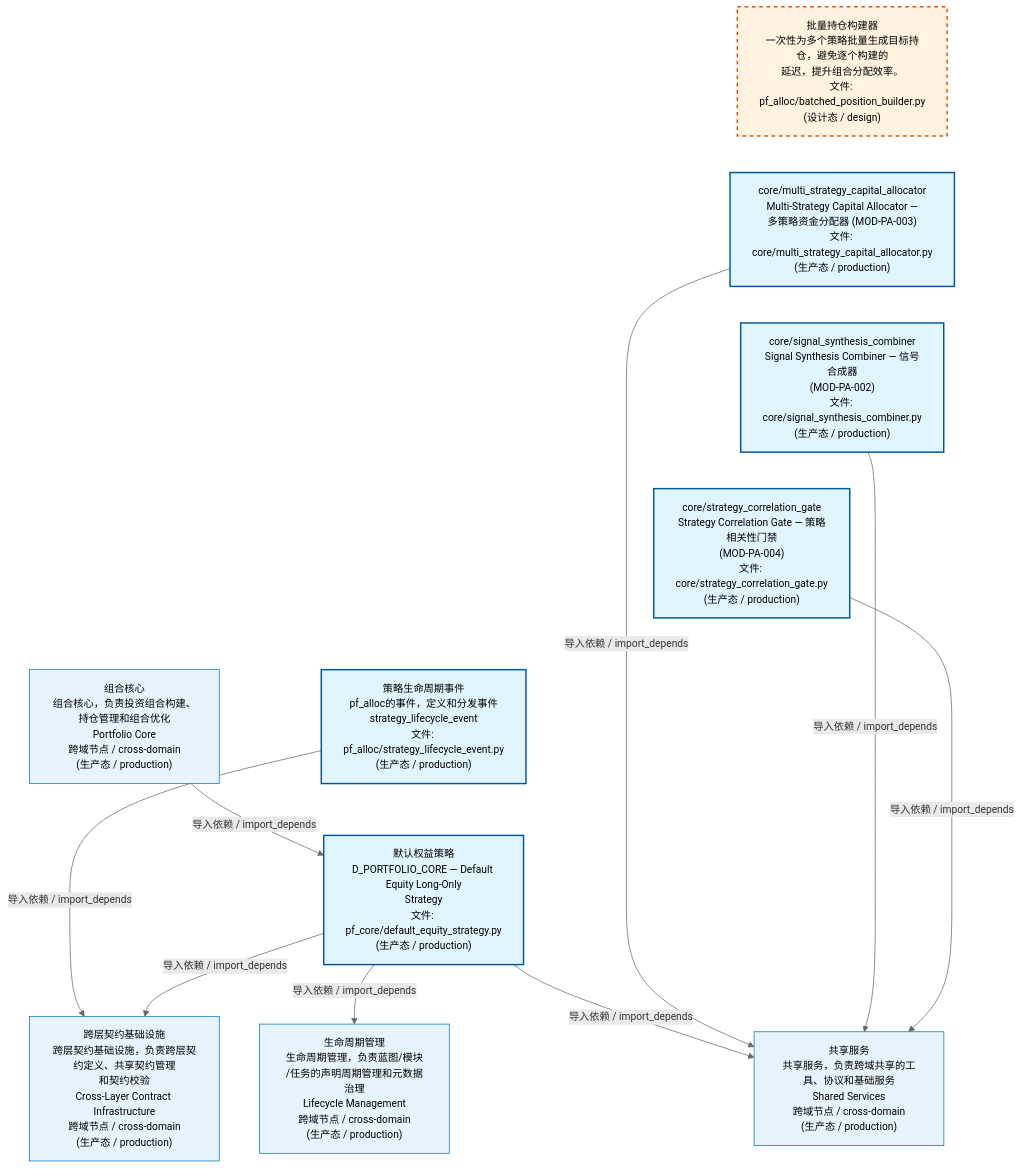
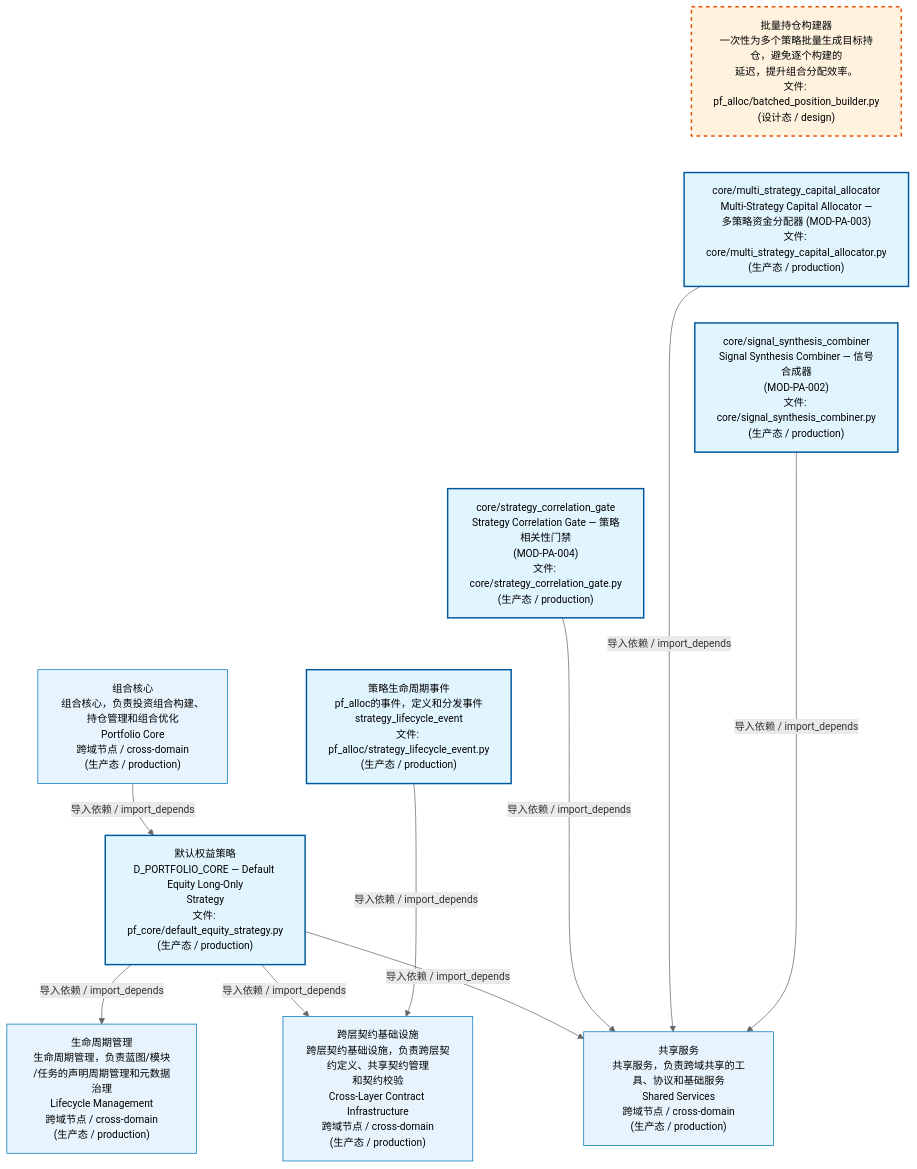
One commit to xuanFelixVan/ZephyrAlpha changed the first of 4 diagrams in docs/02_enterprise_architecture/02_domain_architecture_docs/62_d_pf_alloc.md. Above: the diagram before and after it, drawn with Mermaid. The commit also changed 46 other files, not shown here.

````diff
--- a/docs/02_enterprise_architecture/02_domain_architecture_docs/62_d_pf_alloc.md
+++ b/docs/02_enterprise_architecture/02_domain_architecture_docs/62_d_pf_alloc.md
@@ -53,34 +53,34 @@
 ```mermaid
 %%{init: {'theme': 'base', 'themeVariables': {'primaryColor': '#eaeaea', 'primaryTextColor': '#333333', 'primaryBorderColor': '#666666', 'lineColor': '#666666', 'secondaryColor': '#eaeaea', 'tertiaryColor': '#eaeaea', 'fontSize': '14px'}}}%%
 flowchart TD
     src_zephyr_pf_alloc_batched_position_builder_py["批量持仓构建器<br/>一次性为多个策略批量生成目标持仓，避免逐个构建的<br/>延迟，提升组合分配效率。<br/>文件: pf_alloc/batched_position_builder.py<br/>(设计态 / design)"]
     src_zephyr_pf_alloc_core_multi_strategy_capital_allocator_py["core/multi_strategy_capital_allocator<br/>Multi-Strategy Capital Allocator —<br/>多策略资金分配器 (MOD-PA-003)<br/>文件: core/multi_strategy_capital_allocator.py<br/>(生产态 / production)"]
     src_zephyr_pf_alloc_core_signal_synthesis_combiner_py["core/signal_synthesis_combiner<br/>Signal Synthesis Combiner — 信号合成器<br/>(MOD-PA-002)<br/>文件: core/signal_synthesis_combiner.py<br/>(生产态 / production)"]
     src_zephyr_pf_alloc_core_strategy_correlation_gate_py["core/strategy_correlation_gate<br/>Strategy Correlation Gate — 策略相关性门禁<br/>(MOD-PA-004)<br/>文件: core/strategy_correlation_gate.py<br/>(生产态 / production)"]
     src_zephyr_pf_alloc_strategy_lifecycle_event_py["策略生命周期事件<br/>pf_alloc的事件，定义和分发事件<br/>strategy_lifecycle_event<br/>文件: pf_alloc/strategy_lifecycle_event.py<br/>(生产态 / production)"]
     src_zephyr_pf_core_default_equity_strategy_py["默认权益策略<br/>D_PORTFOLIO_CORE — Default Equity Long-Only<br/>Strategy<br/>文件: pf_core/default_equity_strategy.py<br/>(生产态 / production)"]
     src_zephyr_pf_alloc_batched_position_builder_py ~~~ src_zephyr_pf_alloc_core_multi_strategy_capital_allocator_py
     src_zephyr_pf_alloc_core_multi_strategy_capital_allocator_py ~~~ src_zephyr_pf_alloc_core_signal_synthesis_combiner_py
     src_zephyr_pf_alloc_core_signal_synthesis_combiner_py ~~~ src_zephyr_pf_alloc_core_strategy_correlation_gate_py
     src_zephyr_pf_alloc_core_strategy_correlation_gate_py ~~~ src_zephyr_pf_alloc_strategy_lifecycle_event_py
     src_zephyr_pf_alloc_strategy_lifecycle_event_py ~~~ src_zephyr_pf_core_default_equity_strategy_py
+    D_INFRASTRUCTURE["跨层契约基础设施<br/>跨层契约基础设施，负责跨层契约定义、共享契约管理<br/>和契约校验<br/>Cross-Layer Contract Infrastructure<br/>跨域节点 / cross-domain<br/>(生产态 / production)"]
+    src_zephyr_pf_alloc_strategy_lifecycle_event_py -->|导入依赖 / import_depends| D_INFRASTRUCTURE
     D_SHARED["共享服务<br/>共享服务，负责跨域共享的工具、协议和基础服务<br/>Shared Services<br/>跨域节点 / cross-domain<br/>(生产态 / production)"]
-    src_zephyr_pf_alloc_core_strategy_correlation_gate_py -->|导入依赖 / import_depends| D_SHARED
     src_zephyr_pf_alloc_core_signal_synthesis_combiner_py -->|导入依赖 / import_depends| D_SHARED
     src_zephyr_pf_alloc_core_multi_strategy_capital_allocator_py -->|导入依赖 / import_depends| D_SHARED
-    D_INFRASTRUCTURE["跨层契约基础设施<br/>跨层契约基础设施，负责跨层契约定义、共享契约管理<br/>和契约校验<br/>Cross-Layer Contract Infrastructure<br/>跨域节点 / cross-domain<br/>(生产态 / production)"]
-    src_zephyr_pf_core_default_equity_strategy_py -->|导入依赖 / import_depends| D_INFRASTRUCTURE
-    src_zephyr_pf_alloc_strategy_lifecycle_event_py -->|导入依赖 / import_depends| D_INFRASTRUCTURE
-    src_zephyr_pf_core_default_equity_strategy_py -->|导入依赖 / import_depends| D_SHARED
+    src_zephyr_pf_alloc_core_strategy_correlation_gate_py -->|导入依赖 / import_depends| D_SHARED
     D_GOVERNANCE["生命周期管理<br/>生命周期管理，负责蓝图/模块<br/>/任务的声明周期管理和元数据治理<br/>Lifecycle Management<br/>跨域节点 / cross-domain<br/>(生产态 / production)"]
     src_zephyr_pf_core_default_equity_strategy_py -->|导入依赖 / import_depends| D_GOVERNANCE
+    src_zephyr_pf_core_default_equity_strategy_py -->|导入依赖 / import_depends| D_SHARED
+    src_zephyr_pf_core_default_equity_strategy_py -->|导入依赖 / import_depends| D_INFRASTRUCTURE
     D_PF_CORE["组合核心<br/>组合核心，负责投资组合构建、持仓管理和组合优化<br/>Portfolio Core<br/>跨域节点 / cross-domain<br/>(生产态 / production)"]
     D_PF_CORE -->|导入依赖 / import_depends| src_zephyr_pf_core_default_equity_strategy_py
     classDef production fill:#e1f5fe,stroke:#01579b,stroke-width:2px,color:#000
     classDef design fill:#fff3e0,stroke:#e65100,stroke-width:2px,color:#000,stroke-dasharray: 5 5
     classDef external_prod fill:#e8f4fd,stroke:#0277bd,stroke-width:1px,color:#000
     classDef external_design fill:#fff8e7,stroke:#ef6c00,stroke-width:1px,color:#000,stroke-dasharray: 5 5
     class src_zephyr_pf_alloc_core_multi_strategy_capital_allocator_py,src_zephyr_pf_alloc_core_signal_synthesis_combiner_py,src_zephyr_pf_alloc_core_strategy_correlation_gate_py,src_zephyr_pf_alloc_strategy_lifecycle_event_py,src_zephyr_pf_core_default_equity_strategy_py production
     class src_zephyr_pf_alloc_batched_position_builder_py design
-    class D_SHARED,D_INFRASTRUCTURE,D_GOVERNANCE,D_PF_CORE external_prod
+    class D_INFRASTRUCTURE,D_SHARED,D_GOVERNANCE,D_PF_CORE external_prod
 ```
````
